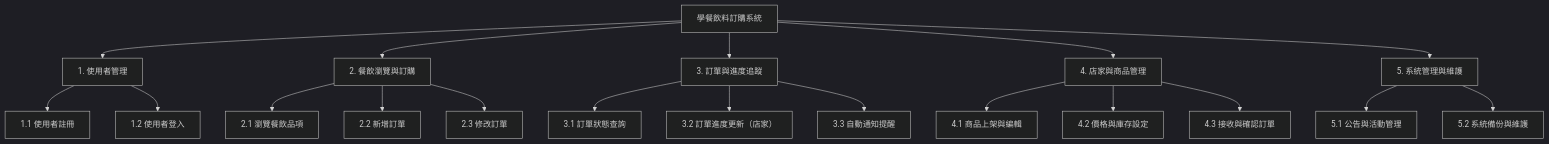
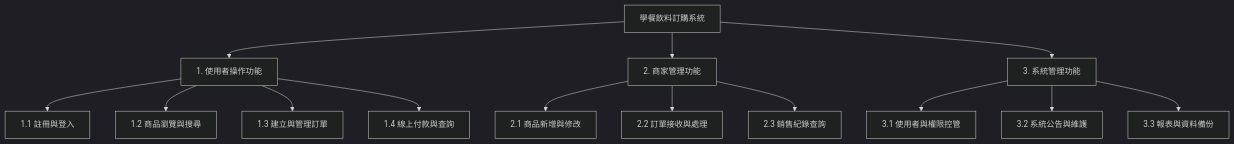
One commit to Ling7100/hw-group changed the first of 2 diagrams in hw3.md. Above: the diagram before and after it, drawn with Mermaid (dark theme).

````diff
--- a/hw3.md
+++ b/hw3.md
@@ -2,32 +2,20 @@
 ```mermaid
 graph TD
     A[學餐飲料訂購系統]
 
-    %% 1. 使用者管理
-    A --> B1[1. 使用者管理]
-    B1 --> B11[1.1 使用者註冊]
-    B1 --> B12[1.2 使用者登入]
+     A --> B1[1. 使用者操作功能]
+    B1 --> B11[1.1 註冊與登入]
+    B1 --> B12[1.2 商品瀏覽與搜尋]
+    B1 --> B13[1.3 建立與管理訂單]
+    B1 --> B14[1.4 線上付款與查詢]
 
-    %% 2. 餐飲瀏覽與訂購
-    A --> B2[2. 餐飲瀏覽與訂購]
-    B2 --> B21[2.1 瀏覽餐飲品項]
-    B2 --> B22[2.2 新增訂單]
-    B2 --> B23[2.3 修改訂單]
+    A --> B2[2. 商家管理功能]
+    B2 --> B21[2.1 商品新增與修改]
+    B2 --> B22[2.2 訂單接收與處理]
+    B2 --> B23[2.3 銷售紀錄查詢]
 
-    %% 3. 訂單與進度追蹤
-    A --> B3[3. 訂單與進度追蹤]
-    B3 --> B31[3.1 訂單狀態查詢]
-    B3 --> B32[3.2 訂單進度更新（店家）]
-    B3 --> B33[3.3 自動通知提醒]
-
-    %% 4. 店家與商品管理
-    A --> B4[4. 店家與商品管理]
-    B4 --> B41[4.1 商品上架與編輯]
-    B4 --> B42[4.2 價格與庫存設定]
-    B4 --> B43[4.3 接收與確認訂單]
-
-    %% 5. 系統管理與報表
-    A --> B5[5. 系統管理與維護]
-    B5 --> B51[5.1 公告與活動管理]
-    B5 --> B52[5.2 系統備份與維護]
+    A --> B3[3. 系統管理功能]
+    B3 --> B31[3.1 使用者與權限控管]
+    B3 --> B32[3.2 系統公告與維護]
+    B3 --> B33[3.3 報表與資料備份]
 ```
````
